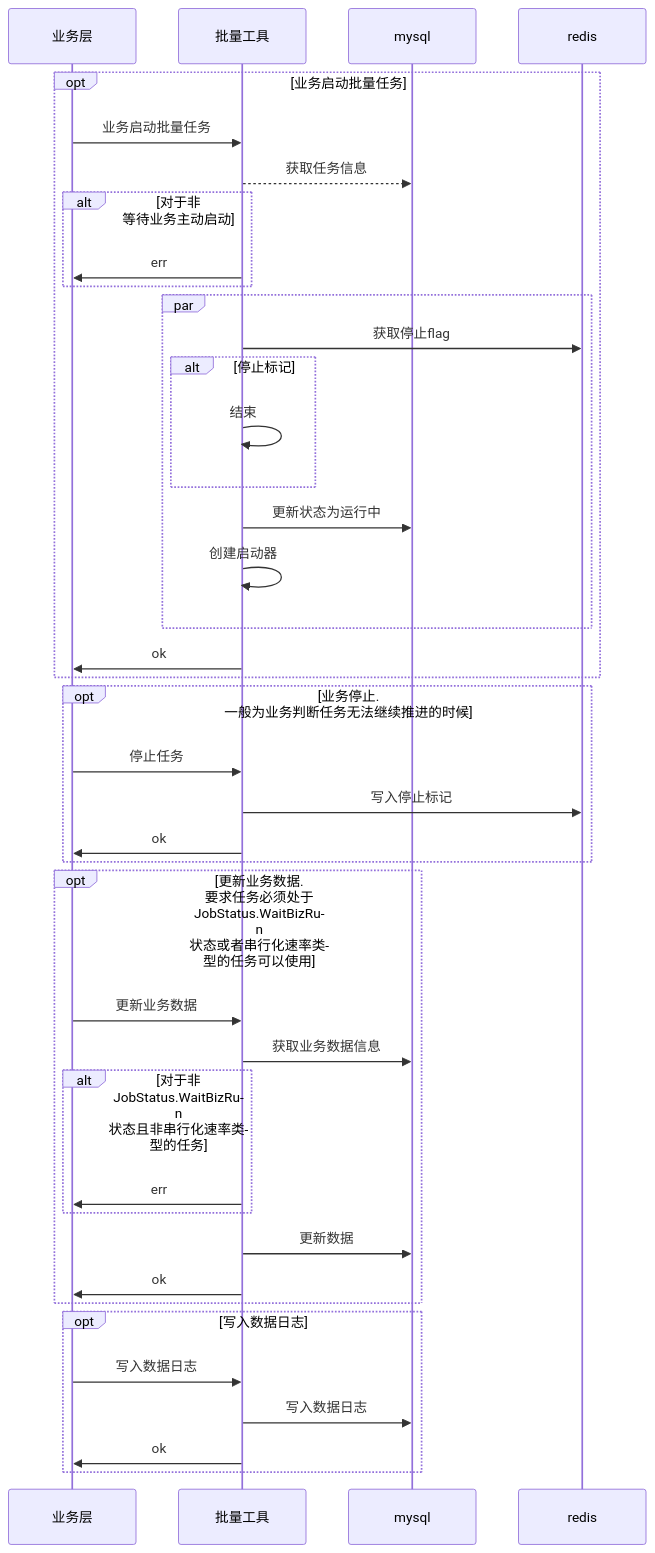
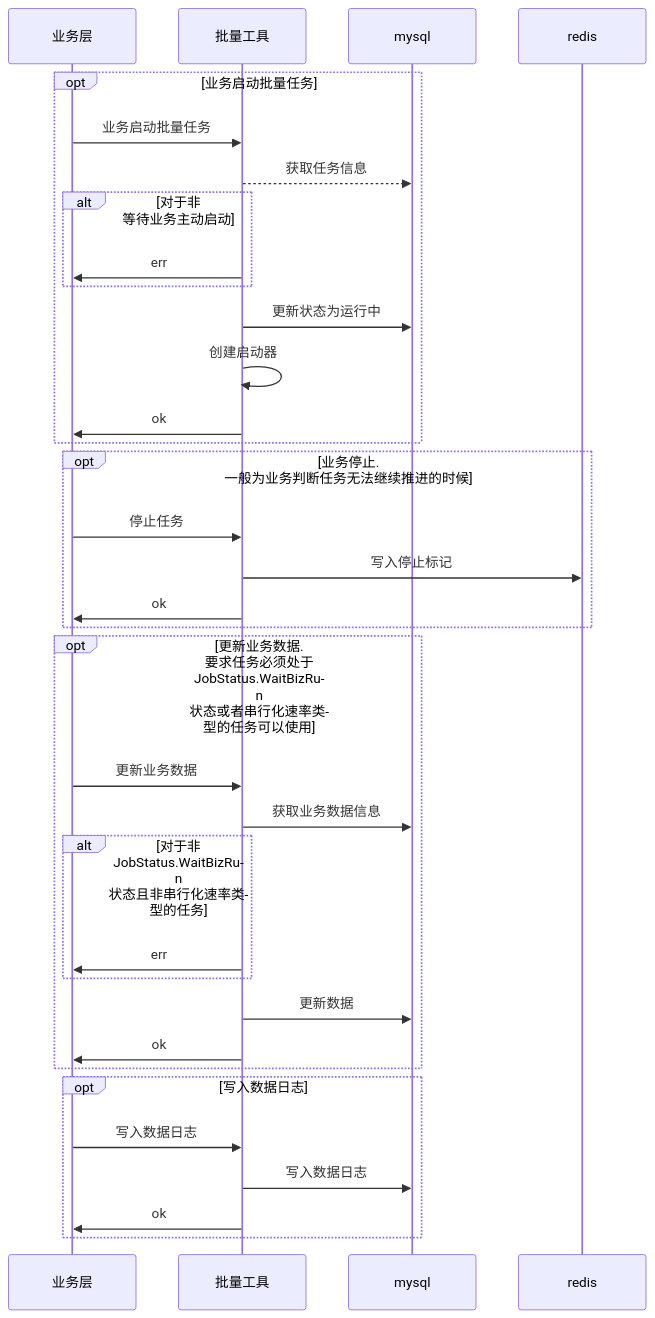
Before and after one commit to zlyuancn/batch_job: the fifth of 5 diagrams in readme.md, drawn with Mermaid.

````diff
--- a/readme.md
+++ b/readme.md
@@ -177,49 +177,42 @@
 ```mermaid
 sequenceDiagram
 participant f as 业务层
 participant b as 批量工具
 participant d as mysql
 participant e as redis
 
 opt 业务启动批量任务
 f ->> b: 业务启动批量任务
 b -->> d: 获取任务信息
 alt 对于非 等待业务主动启动
   b ->> f: err
 end
 
-par 
-  b ->> e: 获取停止flag
-  alt 停止标记
-    b ->> b: 结束
-  end
-
-  b ->> d: 更新状态为运行中
-  b ->> b: 创建启动器
-end
+b ->> d: 更新状态为运行中
+b ->> b: 创建启动器
 
 b ->> f: ok
 end
 
 opt 业务停止. 一般为业务判断任务无法继续推进的时候
   f ->> b: 停止任务
   b ->> e: 写入停止标记
   b ->> f: ok
 end
 
 opt 更新业务数据. 要求任务必须处于 JobStatus.WaitBizRun 状态或者串行化速率类型的任务可以使用
   f ->> b: 更新业务数据
   b ->> d: 获取业务数据信息
   alt 对于非 JobStatus.WaitBizRun 状态且非串行化速率类型的任务
     b ->> f: err
   end
   b ->> d: 更新数据
   b ->> f: ok
 end
 
 opt 写入数据日志
   f ->> b: 写入数据日志
   b ->> d: 写入数据日志
   b ->> f: ok
 end
 ```
````
